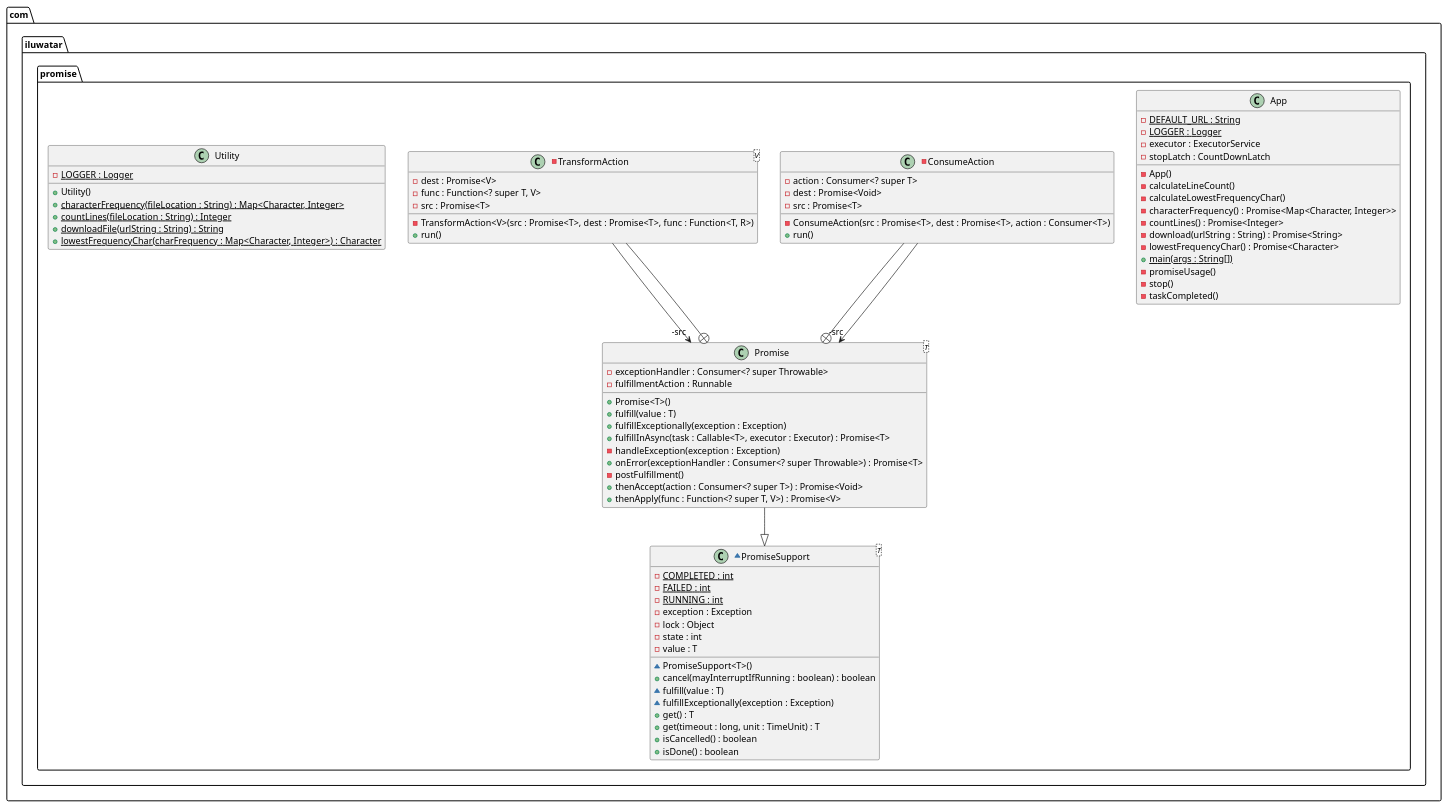
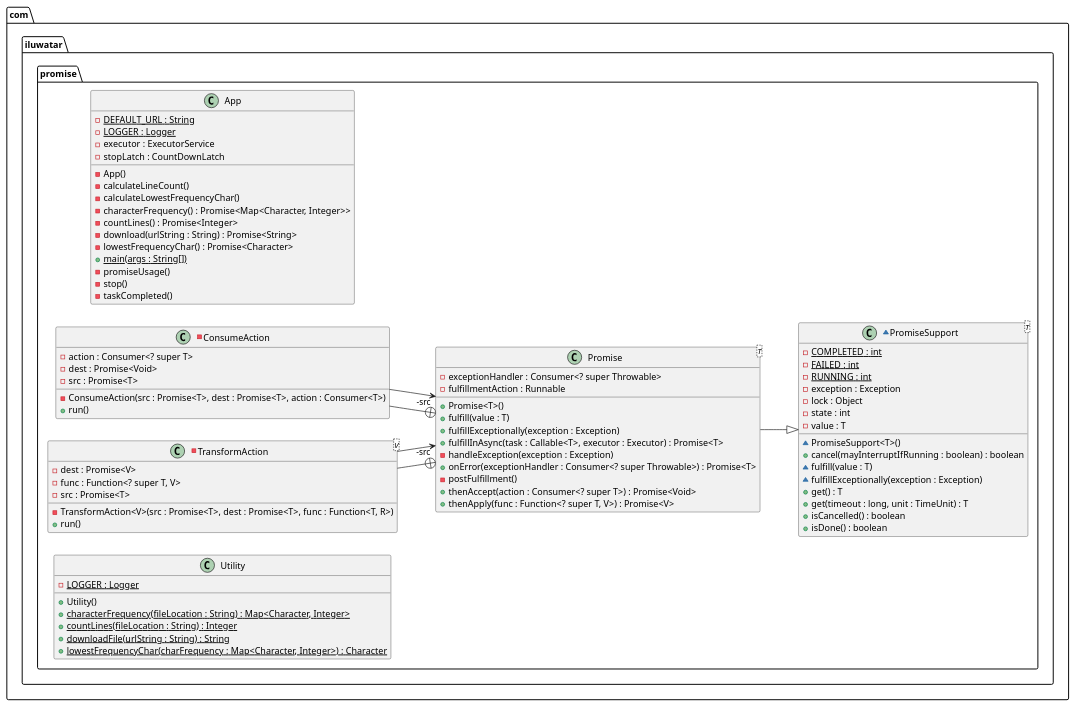
The diagram in promise/etc/promise.urm.puml (NatalieSty/java-design-patterns), drawn with PlantUML before and after one commit. The commit also changed 18 other files, not shown here.

Commit message:
Work on #190: urm/puml updates * added pumlid where it was missing and possible * removed pumlid where it generated a bad image * regenerated some incorrect puml's * added 'left to right direction' puml prefix to some diagrams to improve the automatic layouting

```diff
--- a/promise/etc/promise.urm.puml
+++ b/promise/etc/promise.urm.puml
@@ -1,78 +1,79 @@
 @startuml
+left to right direction
 package com.iluwatar.promise {
   class App {
     - DEFAULT_URL : String {static}
     - LOGGER : Logger {static}
     - executor : ExecutorService
     - stopLatch : CountDownLatch
     - App()
     - calculateLineCount()
     - calculateLowestFrequencyChar()
     - characterFrequency() : Promise<Map<Character, Integer>>
     - countLines() : Promise<Integer>
     - download(urlString : String) : Promise<String>
     - lowestFrequencyChar() : Promise<Character>
     + main(args : String[]) {static}
     - promiseUsage()
     - stop()
     - taskCompleted()
   }
   class Promise<T> {
     - exceptionHandler : Consumer<? super Throwable>
     - fulfillmentAction : Runnable
     + Promise<T>()
     + fulfill(value : T)
     + fulfillExceptionally(exception : Exception)
     + fulfillInAsync(task : Callable<T>, executor : Executor) : Promise<T>
     - handleException(exception : Exception)
     + onError(exceptionHandler : Consumer<? super Throwable>) : Promise<T>
     - postFulfillment()
     + thenAccept(action : Consumer<? super T>) : Promise<Void>
     + thenApply(func : Function<? super T, V>) : Promise<V>
   }
   -class ConsumeAction {
     - action : Consumer<? super T>
     - dest : Promise<Void>
     - src : Promise<T>
     - ConsumeAction(src : Promise<T>, dest : Promise<T>, action : Consumer<T>)
     + run()
   }
   -class TransformAction<V> {
     - dest : Promise<V>
     - func : Function<? super T, V>
     - src : Promise<T>
     - TransformAction<V>(src : Promise<T>, dest : Promise<T>, func : Function<T, R>)
     + run()
   }
   ~class PromiseSupport<T> {
     - COMPLETED : int {static}
     - FAILED : int {static}
     - RUNNING : int {static}
     - exception : Exception
     - lock : Object
     - state : int
     - value : T
     ~ PromiseSupport<T>()
     + cancel(mayInterruptIfRunning : boolean) : boolean
     ~ fulfill(value : T)
     ~ fulfillExceptionally(exception : Exception)
     + get() : T
     + get(timeout : long, unit : TimeUnit) : T
     + isCancelled() : boolean
     + isDone() : boolean
   }
   class Utility {
     - LOGGER : Logger {static}
     + Utility()
     + characterFrequency(fileLocation : String) : Map<Character, Integer> {static}
     + countLines(fileLocation : String) : Integer {static}
     + downloadFile(urlString : String) : String {static}
     + lowestFrequencyChar(charFrequency : Map<Character, Integer>) : Character {static}
   }
 }
+TransformAction --+ Promise
 TransformAction -->  "-src" Promise
-TransformAction --+ Promise
 ConsumeAction --+ Promise
 ConsumeAction -->  "-src" Promise
 Promise --|> PromiseSupport 
 @enduml
```
